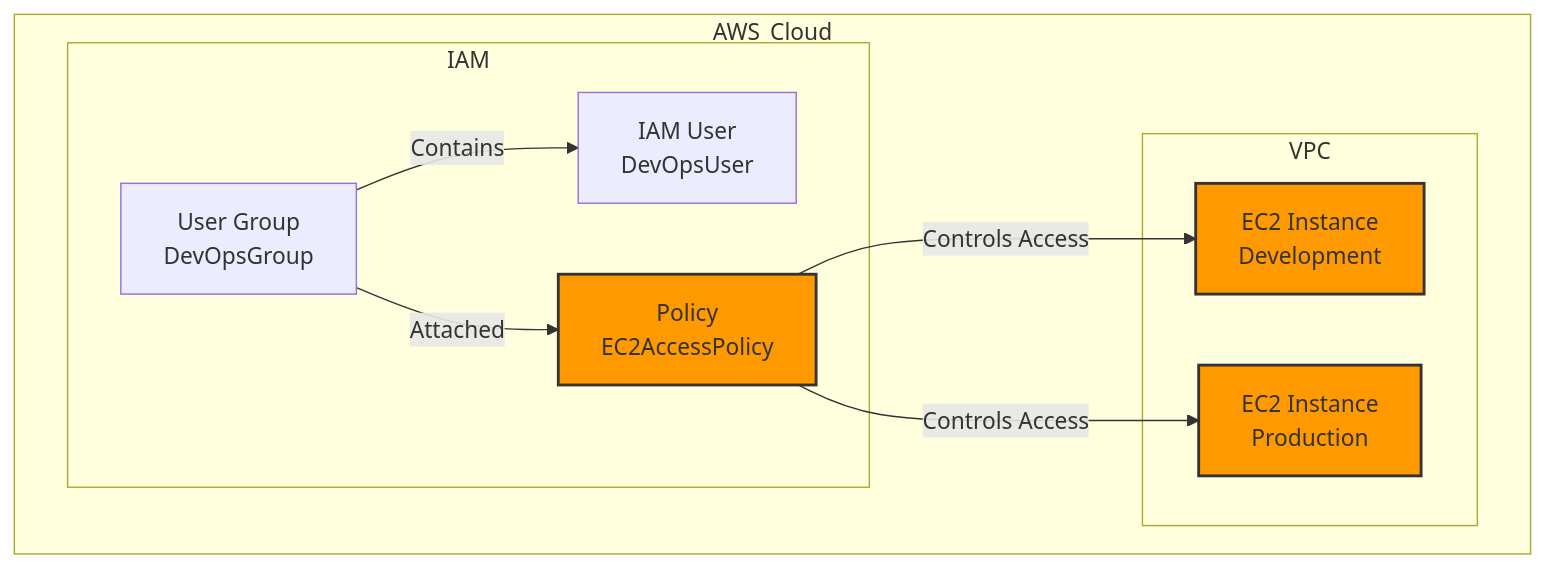
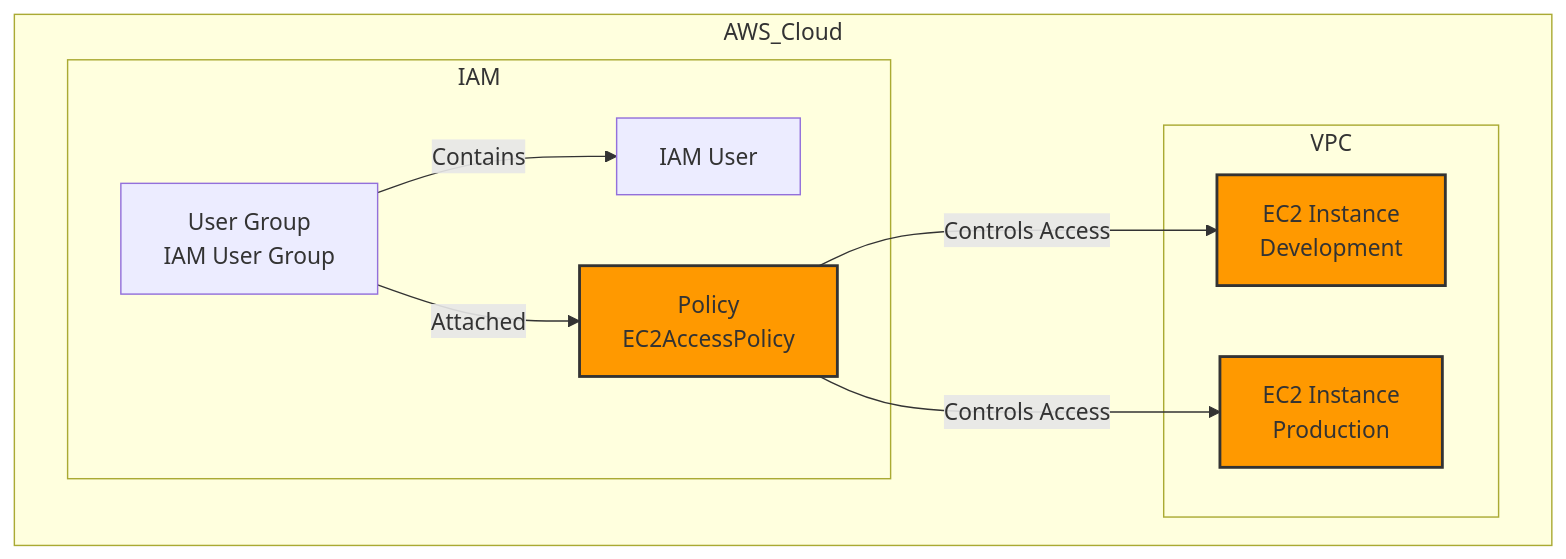
The diagram in Cloud Security with AWS IAM/ArchitectureDiagram.md (whenzvarrerz/Security---Amazon-Web-Services), drawn with Mermaid before and after one commit. The commit also changed other lines of this file, not shown here.

````diff
--- a/Cloud Security with AWS IAM/ArchitectureDiagram.md
+++ b/Cloud Security with AWS IAM/ArchitectureDiagram.md
@@ -1,20 +1,20 @@
 ```mermaid
 graph TD
     subgraph AWS_Cloud
         subgraph VPC
             EC2_Dev[EC2 Instance<br>Development]
             EC2_Prod[EC2 Instance<br>Production]
         end
         subgraph IAM
-            UserGroup[User Group<br>DevOpsGroup]
-            IAMUser[IAM User<br>DevOpsUser]
+            UserGroup[User Group<br>IAM User Group]
+            IAMUser[IAM User<br>]
             IAMPolicy[Policy<br>EC2AccessPolicy]
             UserGroup -->|Contains| IAMUser
             UserGroup -->|Attached| IAMPolicy
         end
         IAMPolicy -->|Controls Access| EC2_Dev
         IAMPolicy -->|Controls Access| EC2_Prod
     end
     classDef aws fill:#FF9900,stroke:#333,stroke-width:2px;
     class EC2_Dev,EC2_Prod,IAMPolicy aws;
 ```
````
